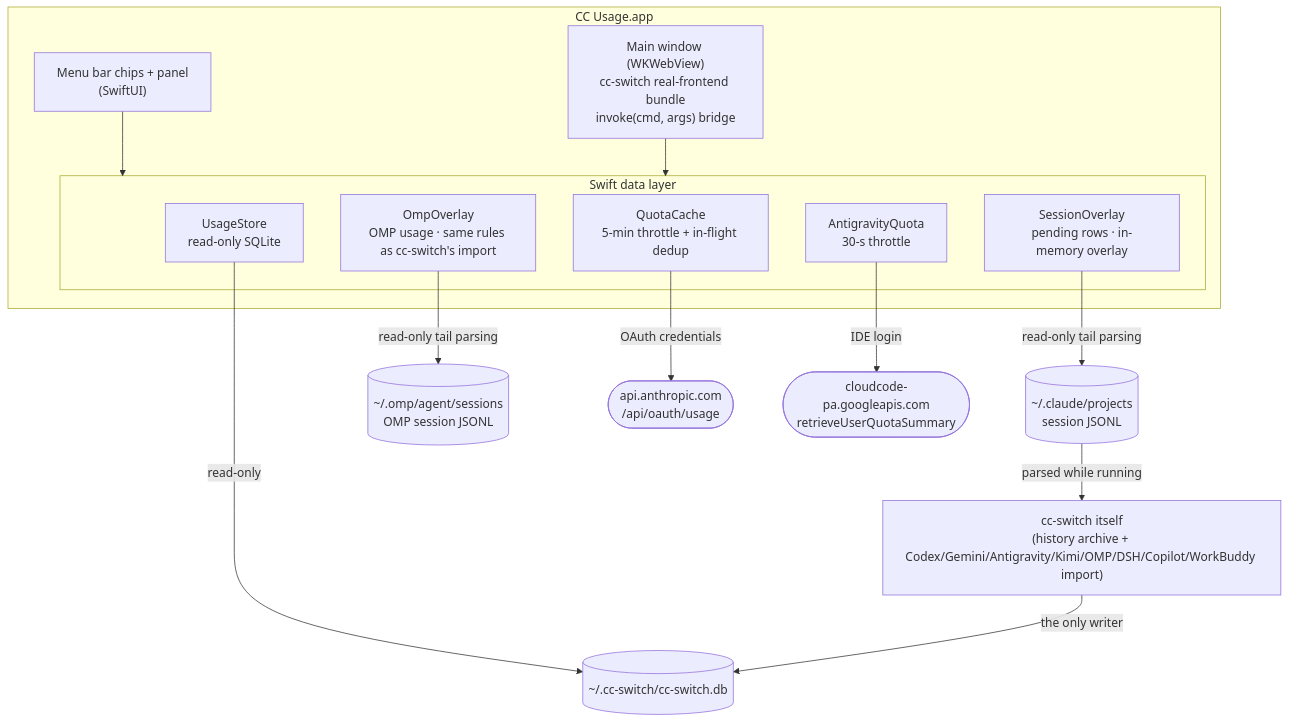
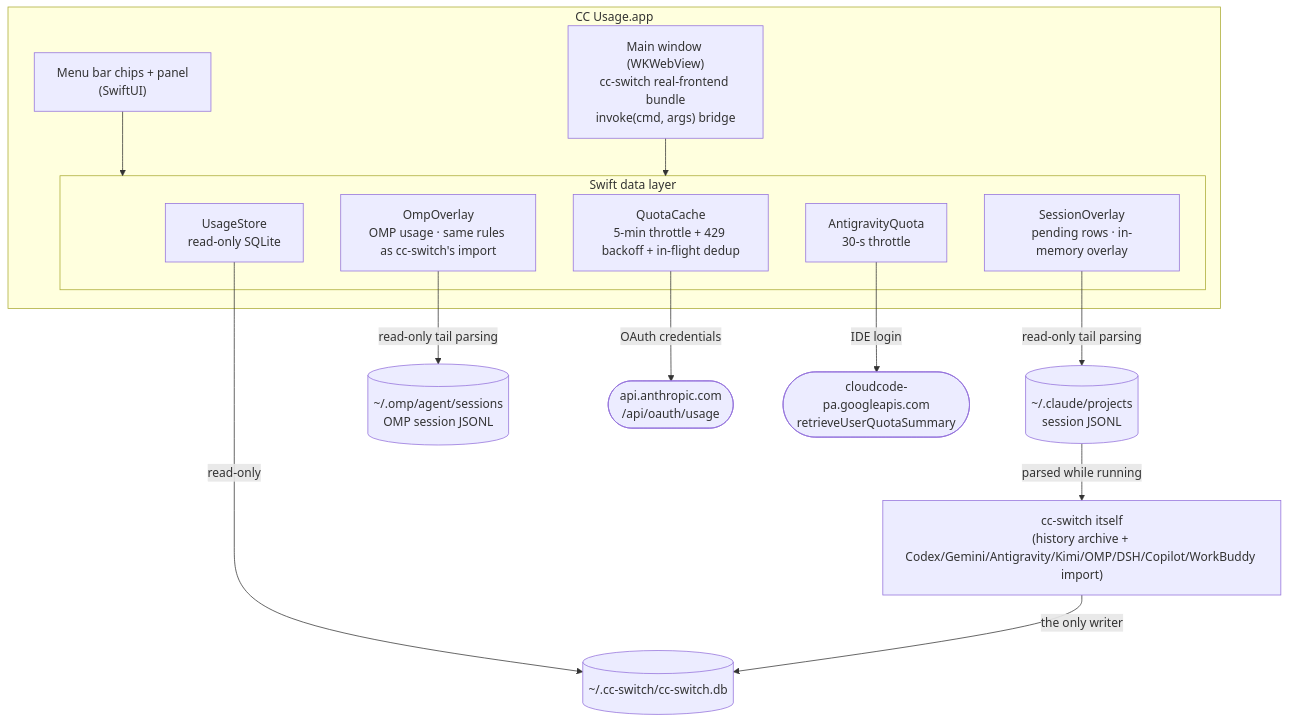
The diagram in README.md (Eureka0w0v0/cc-usage), drawn with Mermaid before and after one commit. The commit also changed other lines of this file and 1 other file, not shown here.

````diff
--- a/README.md
+++ b/README.md
@@ -85,30 +85,30 @@
 ```mermaid
 flowchart TB
     subgraph app["CC Usage.app"]
         menubar["Menu bar chips + panel<br/>(SwiftUI)"]
         panel["Main window (WKWebView)<br/>cc-switch real-frontend bundle<br/>invoke(cmd, args) bridge"]
         subgraph layer["Swift data layer"]
             UsageStore["UsageStore<br/>read-only SQLite"]
             SessionOverlay["SessionOverlay<br/>pending rows · in-memory overlay"]
             OmpOverlay["OmpOverlay<br/>OMP usage · same rules as cc-switch's import"]
-            QuotaCache["QuotaCache<br/>5-min throttle + in-flight dedup"]
+            QuotaCache["QuotaCache<br/>5-min throttle + 429 backoff + in-flight dedup"]
             AgyQuota["AntigravityQuota<br/>30-s throttle"]
         end
         menubar --> layer
         panel --> layer
     end
     db[("~/.cc-switch/cc-switch.db")]
     jsonl[("~/.claude/projects<br/>session JSONL")]
     ompjsonl[("~/.omp/agent/sessions<br/>OMP session JSONL")]
     api(["api.anthropic.com<br/>/api/oauth/usage"])
     google(["cloudcode-pa.googleapis.com<br/>retrieveUserQuotaSummary"])
     ccswitch["cc-switch itself<br/>(history archive + Codex/Gemini/Antigravity/Kimi/OMP/DSH/Copilot/WorkBuddy import)"]
 
     UsageStore -->|"read-only"| db
     SessionOverlay -->|"read-only tail parsing"| jsonl
     OmpOverlay -->|"read-only tail parsing"| ompjsonl
     QuotaCache -->|"OAuth credentials"| api
     AgyQuota -->|"IDE login"| google
     jsonl -->|"parsed while running"| ccswitch
     ccswitch -->|"the only writer"| db
 ```
````
